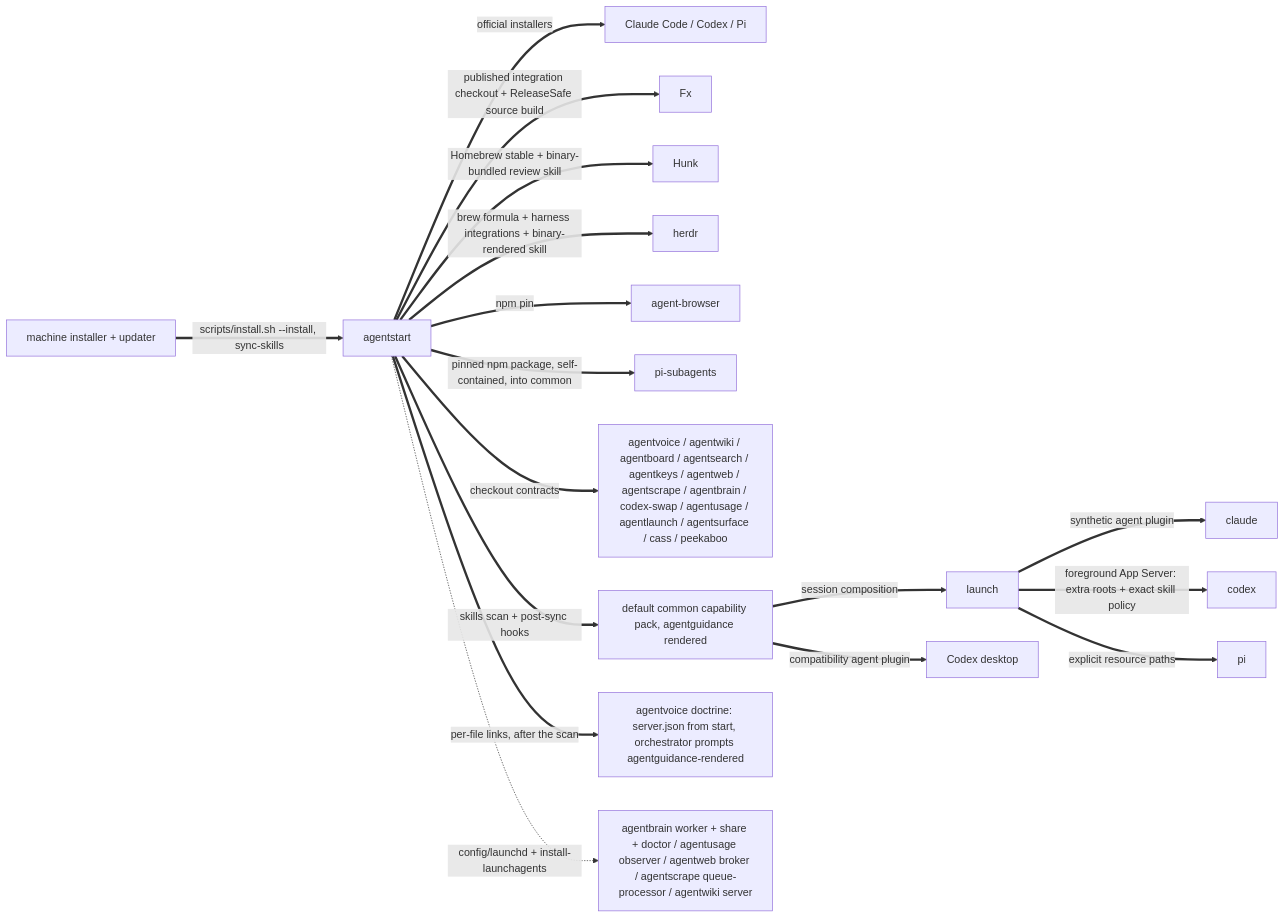
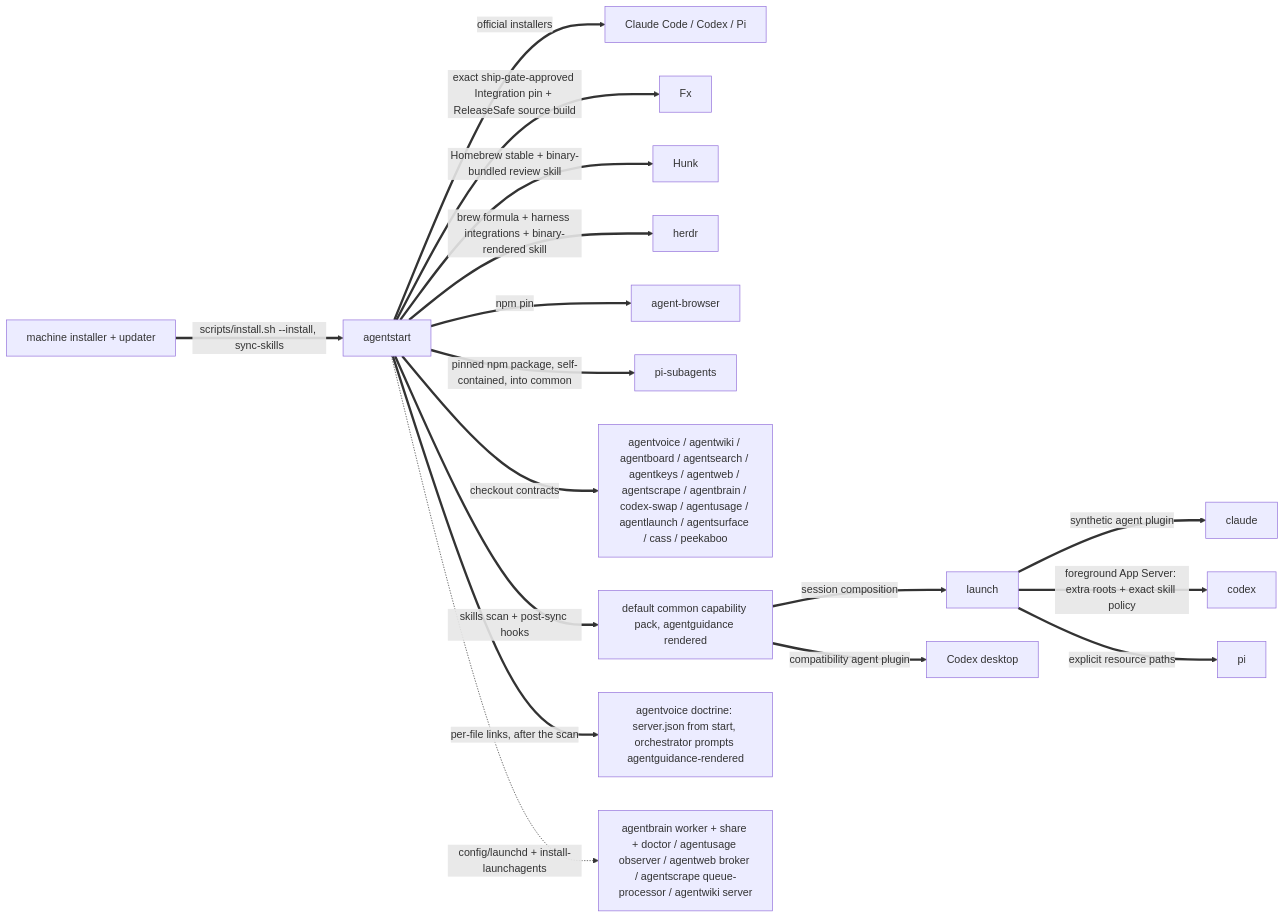
Before and after one commit to possibilities/agentstart: the second of 3 diagrams in skills/fleet/MAP.md, drawn with Mermaid. The commit also changed other lines of this file and 5 other files, not shown here.

````diff
--- a/skills/fleet/MAP.md
+++ b/skills/fleet/MAP.md
@@ -83,22 +83,22 @@
 ```mermaid
 flowchart LR
     machine[machine installer + updater]
     start[agentstart]
 
     machine ==>|scripts/install.sh --install, sync-skills| start
     start ==>|official installers| harnesses[Claude Code / Codex / Pi]
-    start ==>|published integration checkout + ReleaseSafe source build| fx[Fx]
+    start ==>|exact ship-gate-approved Integration pin + ReleaseSafe source build| fx[Fx]
     start ==>|Homebrew stable + binary-bundled review skill| hunk[Hunk]
     start ==>|brew formula + harness integrations + binary-rendered skill| herdrInstall[herdr]
     start ==>|npm pin| browser[agent-browser]
     start ==>|pinned npm package, self-contained, into common| piSubagents[pi-subagents]
     start ==>|checkout contracts| fleet[agentvoice / agentwiki / agentboard / agentsearch / agentkeys / agentweb / agentscrape / agentbrain / codex-swap / agentusage / agentlaunch / agentsurface / cass / peekaboo]
     start ==>|skills scan + post-sync hooks| skills[default common capability pack, agentguidance rendered]
     skills ==>|session composition| launch
     launch ==>|synthetic agent plugin| claude
     launch ==>|foreground App Server: extra roots + exact skill policy| codex
     launch ==>|explicit resource paths| pi
     skills ==>|compatibility agent plugin| codexDesktop[Codex desktop]
     start ==>|per-file links, after the scan| voiceDoctrine[agentvoice doctrine: server.json from start, orchestrator prompts agentguidance-rendered]
     start -.->|config/launchd + install-launchagents| services[agentbrain worker + share + doctor / agentusage observer / agentweb broker / agentscrape queue-processor / agentwiki server]
 ```
````
